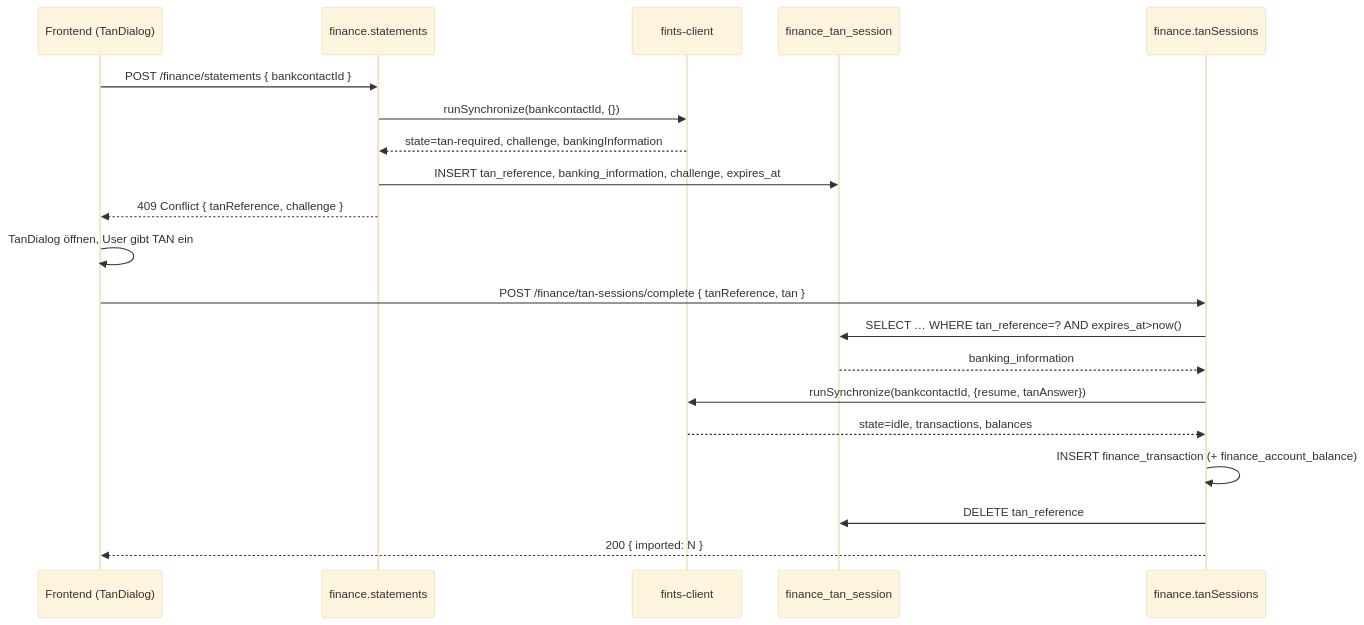
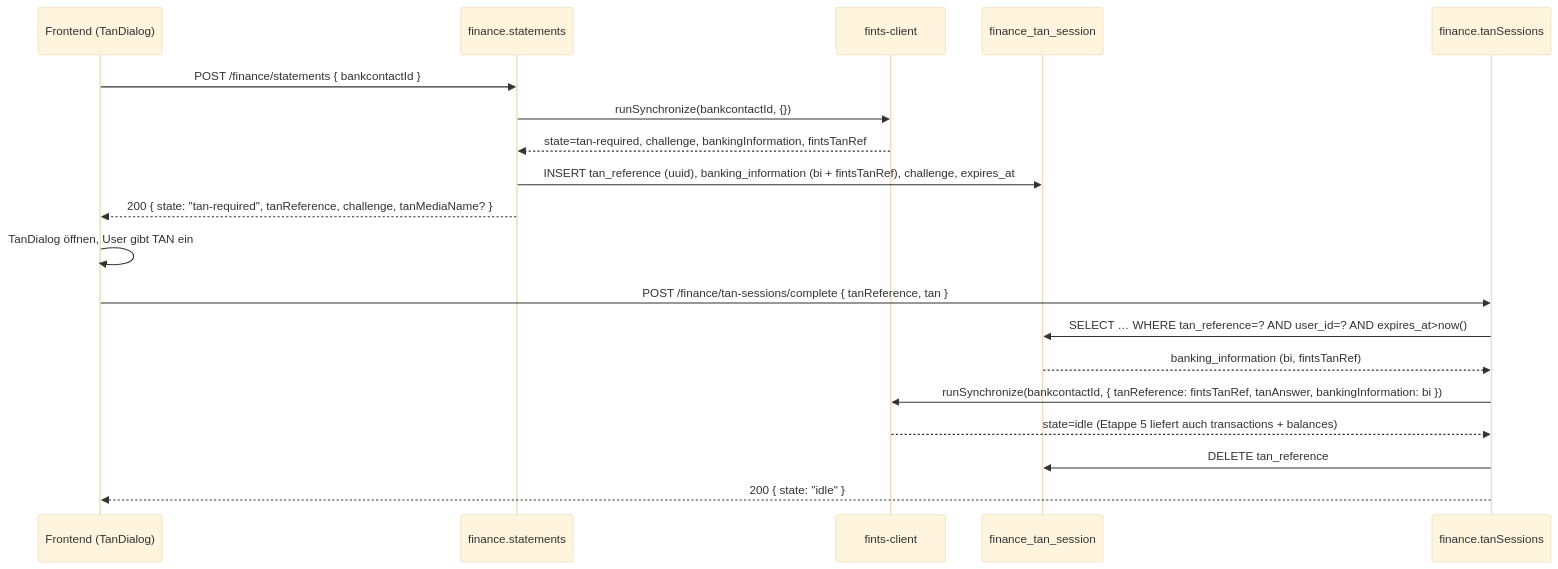
One commit to as19git67/fk-encore changed the first of 2 diagrams in docs/finance-fints-integration.md. Above: the diagram before and after it, drawn with Mermaid (base theme). The commit also changed other lines of this file and 2 other files, not shown here.

First line of the commit message:
docs(finance): reflect 200-with-discriminator TAN response

````diff
--- a/docs/finance-fints-integration.md
+++ b/docs/finance-fints-integration.md
@@ -191,23 +191,22 @@
 ```mermaid
 sequenceDiagram
   participant UI as Frontend (TanDialog)
   participant API as finance.statements
   participant FC as fints-client
   participant DB as finance_tan_session
   participant TAN as finance.tanSessions
 
   UI->>API: POST /finance/statements { bankcontactId }
   API->>FC: runSynchronize(bankcontactId, {})
-  FC-->>API: state=tan-required, challenge, bankingInformation
-  API->>DB: INSERT tan_reference, banking_information, challenge, expires_at
-  API-->>UI: 409 Conflict { tanReference, challenge }
+  FC-->>API: state=tan-required, challenge, bankingInformation, fintsTanRef
+  API->>DB: INSERT tan_reference (uuid), banking_information (bi + fintsTanRef), challenge, expires_at
+  API-->>UI: 200 { state: "tan-required", tanReference, challenge, tanMediaName? }
   UI->>UI: TanDialog öffnen, User gibt TAN ein
   UI->>TAN: POST /finance/tan-sessions/complete { tanReference, tan }
-  TAN->>DB: SELECT … WHERE tan_reference=? AND expires_at>now()
-  DB-->>TAN: banking_information
-  TAN->>FC: runSynchronize(bankcontactId, {resume, tanAnswer})
-  FC-->>TAN: state=idle, transactions, balances
-  TAN->>TAN: INSERT finance_transaction (+ finance_account_balance)
+  TAN->>DB: SELECT … WHERE tan_reference=? AND user_id=? AND expires_at>now()
+  DB-->>TAN: banking_information (bi, fintsTanRef)
+  TAN->>FC: runSynchronize(bankcontactId, { tanReference: fintsTanRef, tanAnswer, bankingInformation: bi })
+  FC-->>TAN: state=idle  (Etappe 5 liefert auch transactions + balances)
   TAN->>DB: DELETE tan_reference
-  TAN-->>UI: 200 { imported: N }
+  TAN-->>UI: 200 { state: "idle" }
 ```
````
